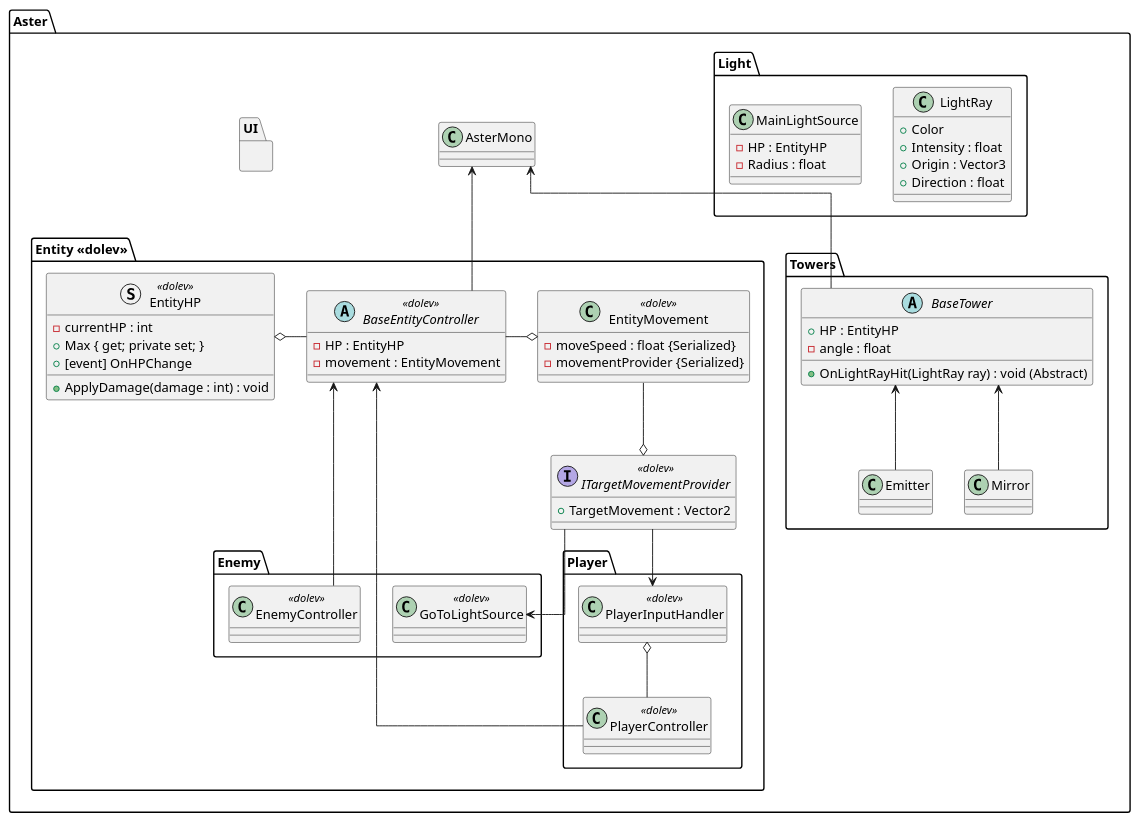
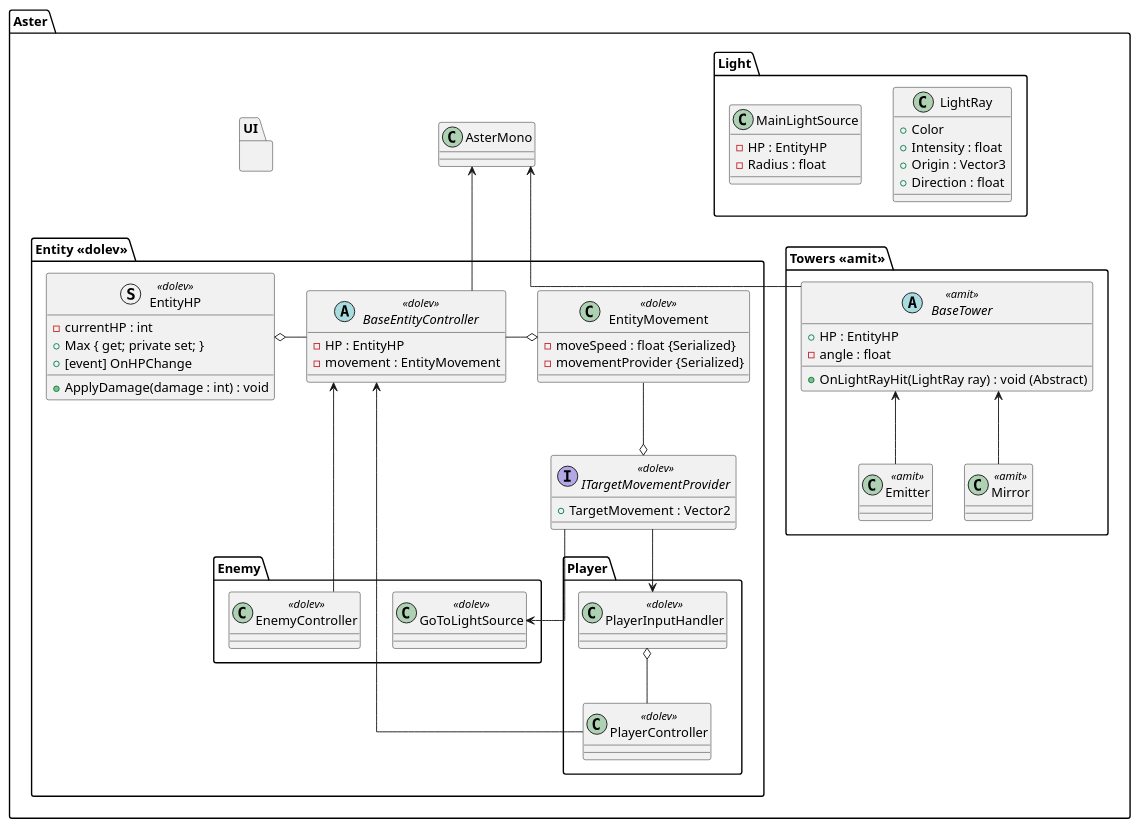
One commit to ouroboros-98/aster changed the first of 3 diagrams in Misc/Diagrams/Architecteure.puml. Above: the diagram before and after it, drawn with PlantUML. The commit also changed 5 other files, not shown here.

Commit message:
updated uml and created baseTower

```diff
--- a/Misc/Diagrams/Architecteure.puml
+++ b/Misc/Diagrams/Architecteure.puml
@@ -1,94 +1,94 @@
 @startuml
 skinparam linetype ortho
 
 package Aster {
     class AsterMono
     package Light {
         class LightRay {
             + Color
             + Intensity : float
             + Origin : Vector3
             + Direction : float
         }
         
         class MainLightSource {
             - HP : EntityHP
             - Radius : float
         }
         
     }
-    package Towers {
-        abstract class BaseTower {
+    package "Towers <<amit>>"{
+        abstract class BaseTower <<amit>> {
             + HP : EntityHP
             - angle : float
             + OnLightRayHit(LightRay ray) : void (Abstract)
         }
         
-        class Emitter {
+        class Emitter <<amit>> {
         }
-        class Mirror {
+        class Mirror <<amit>> {
         }
         
         Emitter -up-> BaseTower
         Mirror -up-> BaseTower
     }
     
     BaseTower -up-> AsterMono
     
     package "Entity <<dolev>>" {
         abstract class BaseEntityController <<dolev>>
         {
             - HP : EntityHP
             - movement : EntityMovement
         }
         class EntityMovement <<dolev>>
         {
             - moveSpeed : float {Serialized}
             - movementProvider {Serialized}
         }
         struct EntityHP <<dolev>> {
             - currentHP : int
             + Max { get; private set; }
             + [event] OnHPChange
             + ApplyDamage(damage : int) : void
         }
         
         package Player {
             class PlayerController <<dolev>> 
             {
             }
             class PlayerInputHandler <<dolev>>
             {
             }
             PlayerInputHandler o-- PlayerController
         }
         
         package Enemy {
             class EnemyController <<dolev>>
             class "GoToLightSource" as GTLS <<dolev>>
         }
         
         interface ITargetMovementProvider <<dolev>>
         {
             + TargetMovement : Vector2
         }
         
         
         
         BaseEntityController -right-o EntityMovement
         BaseEntityController -left-o EntityHP
         GTLS <-up- ITargetMovementProvider
         PlayerInputHandler <-up- ITargetMovementProvider
         
         EntityMovement --o ITargetMovementProvider
     }
     
     package UI {
     }
     
     AsterMono <-- BaseEntityController
     
     BaseEntityController <-down- PlayerController
     BaseEntityController <-down- EnemyController
 }
 @enduml
```
